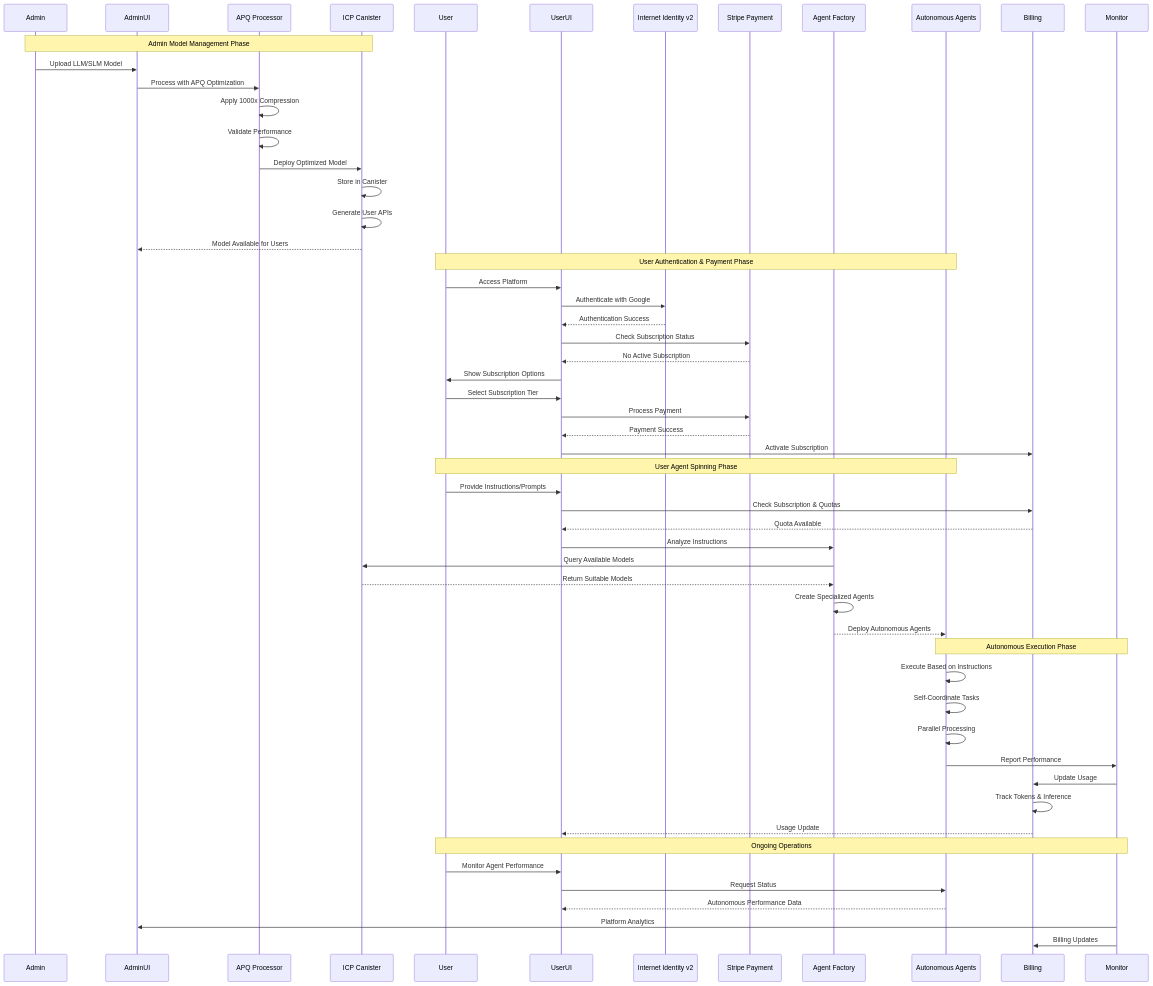
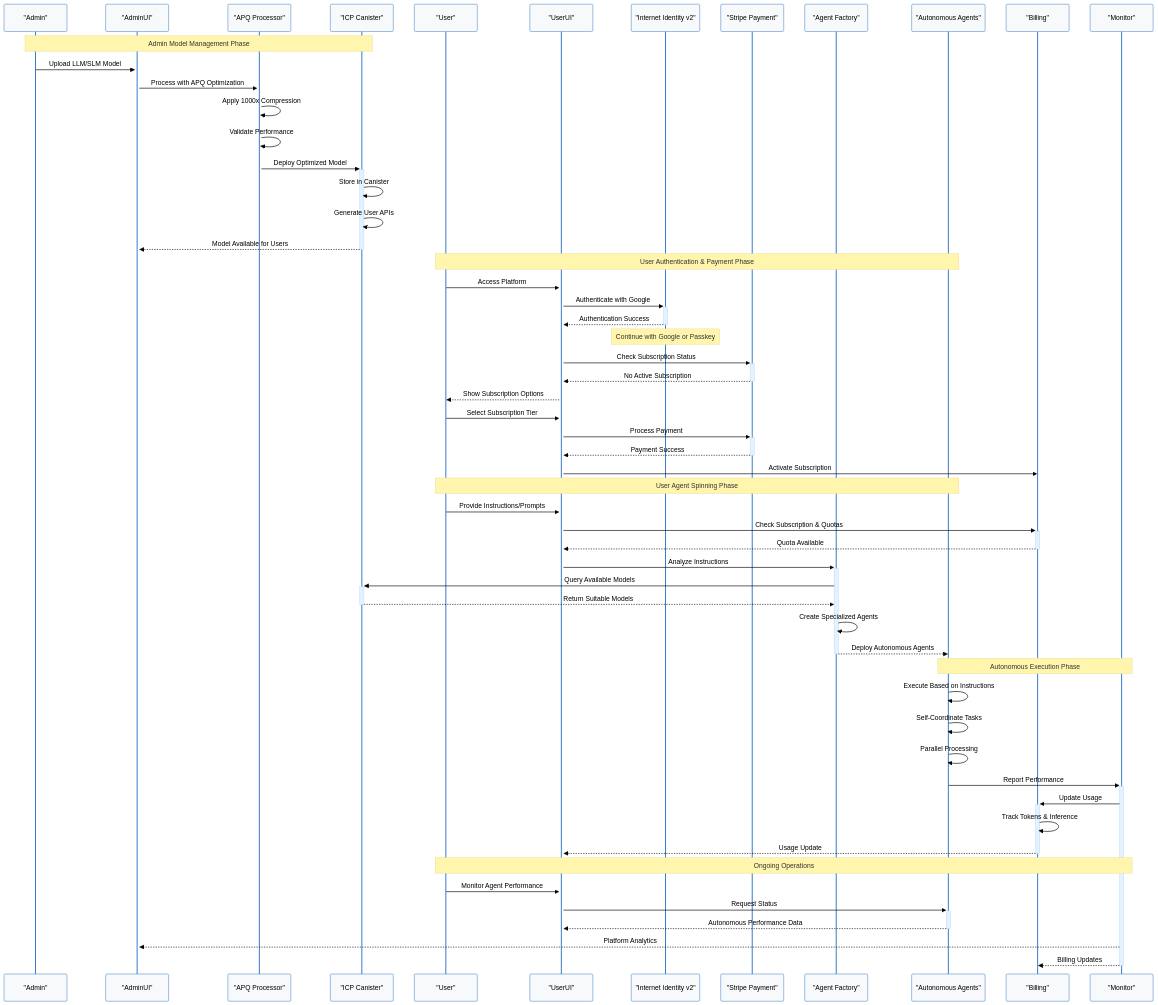
One commit to OHMS-DeAI/ohms-2.0 changed the fourth of 9 diagrams in docs/system-architecture-diagrams.md. Above: the diagram before and after it, drawn with Mermaid. The commit also changed other lines of this file and 4 other files, not shown here.

````diff
--- a/docs/system-architecture-diagrams.md
+++ b/docs/system-architecture-diagrams.md
@@ -219,63 +276,81 @@
 ```mermaid
+%%{init: {
+  'theme': 'base',
+  'themeVariables': {
+    'primaryColor': '#f8f9fa',
+    'primaryTextColor': '#000000',
+    'primaryBorderColor': '#1565c0',
+    'lineColor': '#1565c0',
+    'secondaryColor': '#e3f2fd',
+    'tertiaryColor': '#f3e5f5',
+    'fontFamily': 'Arial',
+    'fontSize': '12px',
+    'fontWeight': 'bold'
+  }
+}}%%
+
 sequenceDiagram
-    participant Admin
-    participant AdminUI
-    participant APQ as APQ Processor
-    participant ICP as ICP Canister
-    participant User
-    participant UserUI
-    participant IIv2 as Internet Identity v2
-    participant Stripe as Stripe Payment
-    participant Agent as Agent Factory
-    participant Autonomous as Autonomous Agents
-    participant Billing
-    participant Monitor
+    participant Admin as "Admin"
+    participant AdminUI as "AdminUI"
+    participant APQ as "APQ Processor"
+    participant ICP as "ICP Canister"
+    participant User as "User"
+    participant UserUI as "UserUI"
+    participant IIv2 as "Internet Identity v2"
+    participant Stripe as "Stripe Payment"
+    participant Agent as "Agent Factory"
+    participant Autonomous as "Autonomous Agents"
+    participant Billing as "Billing"
+    participant Monitor as "Monitor"
     
     Note over Admin, ICP: Admin Model Management Phase
-    Admin->>AdminUI: Upload LLM/SLM Model
-    AdminUI->>APQ: Process with APQ Optimization
+    Admin->>+AdminUI: Upload LLM/SLM Model
+    AdminUI->>+APQ: Process with APQ Optimization
     APQ->>APQ: Apply 1000x Compression
     APQ->>APQ: Validate Performance
-    APQ->>ICP: Deploy Optimized Model
+    APQ->>+ICP: Deploy Optimized Model
     ICP->>ICP: Store in Canister
     ICP->>ICP: Generate User APIs
-    ICP-->>AdminUI: Model Available for Users
+    ICP-->>-AdminUI: Model Available for Users
     
     Note over User, Autonomous: User Authentication & Payment Phase
-    User->>UserUI: Access Platform
-    UserUI->>IIv2: Authenticate with Google
-    IIv2-->>UserUI: Authentication Success
-    UserUI->>Stripe: Check Subscription Status
-    Stripe-->>UserUI: No Active Subscription
-    UserUI->>User: Show Subscription Options
+    User->>+UserUI: Access Platform
+    UserUI->>+IIv2: Authenticate with Google
+    IIv2-->>-UserUI: Authentication Success
+    Note over IIv2: Continue with Google or Passkey
+    
+    UserUI->>+Stripe: Check Subscription Status
+    Stripe-->>-UserUI: No Active Subscription
+    UserUI-->>User: Show Subscription Options
     User->>UserUI: Select Subscription Tier
-    UserUI->>Stripe: Process Payment
-    Stripe-->>UserUI: Payment Success
+    UserUI->>+Stripe: Process Payment
+    Stripe-->>-UserUI: Payment Success
     UserUI->>Billing: Activate Subscription
     
     Note over User, Autonomous: User Agent Spinning Phase
     User->>UserUI: Provide Instructions/Prompts
-    UserUI->>Billing: Check Subscription & Quotas
-    Billing-->>UserUI: Quota Available
-    UserUI->>Agent: Analyze Instructions
-    Agent->>ICP: Query Available Models
-    ICP-->>Agent: Return Suitable Models
+    UserUI->>+Billing: Check Subscription & Quotas
+    Billing-->>-UserUI: Quota Available
+    UserUI->>+Agent: Analyze Instructions
+    Agent->>+ICP: Query Available Models
+    ICP-->>-Agent: Return Suitable Models
     Agent->>Agent: Create Specialized Agents
-    Agent-->>Autonomous: Deploy Autonomous Agents
+    Agent-->>-Autonomous: Deploy Autonomous Agents
     
     Note over Autonomous, Monitor: Autonomous Execution Phase
     Autonomous->>Autonomous: Execute Based on Instructions
     Autonomous->>Autonomous: Self-Coordinate Tasks
     Autonomous->>Autonomous: Parallel Processing
-    Autonomous->>Monitor: Report Performance
-    Monitor->>Billing: Update Usage
+    Autonomous->>+Monitor: Report Performance
+    Monitor->>+Billing: Update Usage
     Billing->>Billing: Track Tokens & Inference
-    Billing-->>UserUI: Usage Update
+    Billing-->>-UserUI: Usage Update
     
     Note over User, Monitor: Ongoing Operations
     User->>UserUI: Monitor Agent Performance
-    UserUI->>Autonomous: Request Status
-    Autonomous-->>UserUI: Autonomous Performance Data
-    Monitor->>AdminUI: Platform Analytics
-    Monitor->>Billing: Billing Updates
+    UserUI->>+Autonomous: Request Status
+    Autonomous-->>-UserUI: Autonomous Performance Data
+    Monitor-->>AdminUI: Platform Analytics
+    Monitor-->>-Billing: Billing Updates
+
 ```
````
